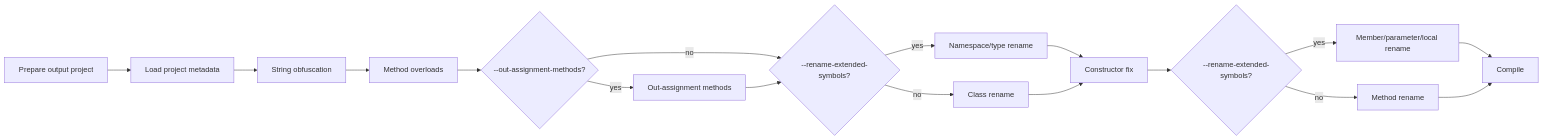
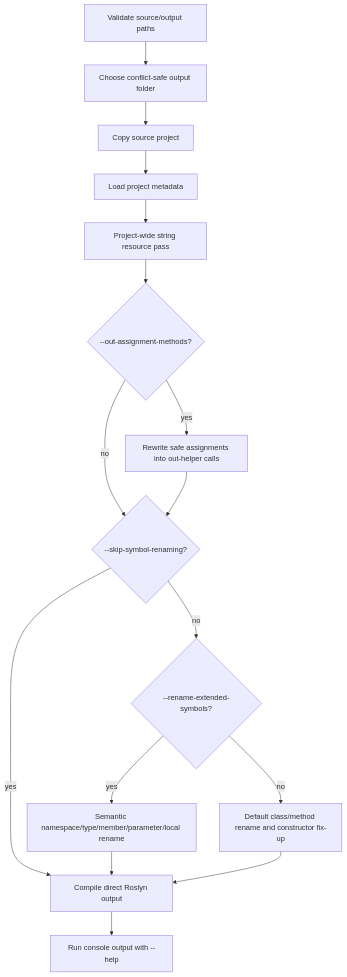
Before and after one commit to gam4er/Loaders: the diagram in README.md, drawn with Mermaid. The commit also changed other lines of this file and 25 other files, not shown here.

````diff
--- a/README.md
+++ b/README.md
@@ -7,19 +9,18 @@
 ```mermaid
-flowchart LR
-    A["Prepare output project"] --> B["Load project metadata"]
-    B --> C["String obfuscation"]
-    C --> D["Method overloads"]
-    D --> E{"--out-assignment-methods?"}
-    E -- "yes" --> F["Out-assignment methods"]
-    E -- "no" --> G{"--rename-extended-symbols?"}
-    F --> G
-    G -- "yes" --> H["Namespace/type rename"]
-    G -- "no" --> I["Class rename"]
-    H --> J["Constructor fix"]
-    I --> J
-    J --> K{"--rename-extended-symbols?"}
-    K -- "yes" --> L["Member/parameter/local rename"]
-    K -- "no" --> M["Method rename"]
-    L --> N["Compile"]
-    M --> N
+flowchart TD
+    A["Validate source/output paths"] --> B["Choose conflict-safe output folder"]
+    B --> C["Copy source project"]
+    C --> D["Load project metadata"]
+    D --> E["Project-wide string resource pass"]
+    E --> F{"--out-assignment-methods?"}
+    F -- "yes" --> G["Rewrite safe assignments into out-helper calls"]
+    F -- "no" --> H
+    G --> H{"--skip-symbol-renaming?"}
+    H -- "yes" --> K["Compile direct Roslyn output"]
+    H -- "no" --> I{"--rename-extended-symbols?"}
+    I -- "yes" --> J["Semantic namespace/type/member/parameter/local rename"]
+    I -- "no" --> L["Default class/method rename and constructor fix-up"]
+    J --> K
+    L --> K
+    K --> M["Run console output with --help"]
 ```
````
